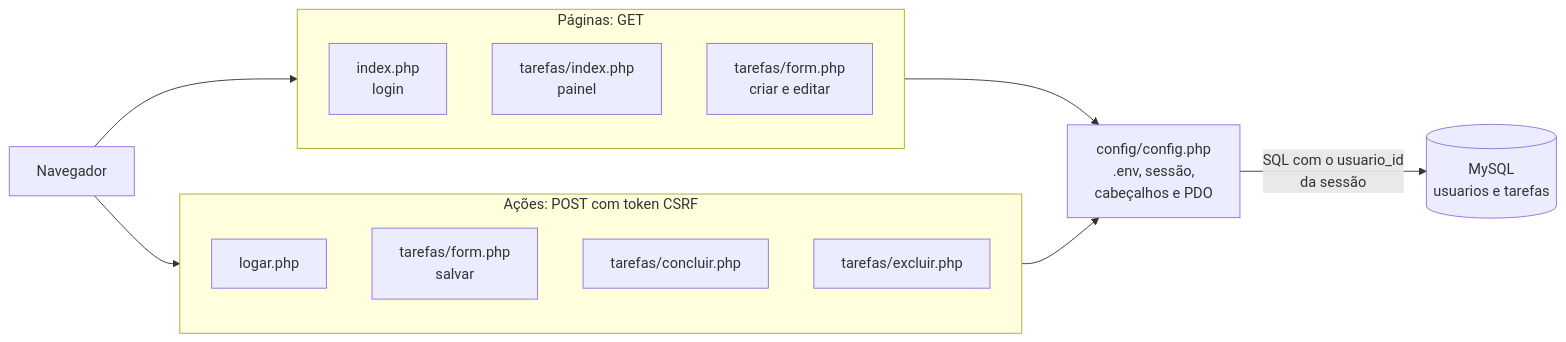
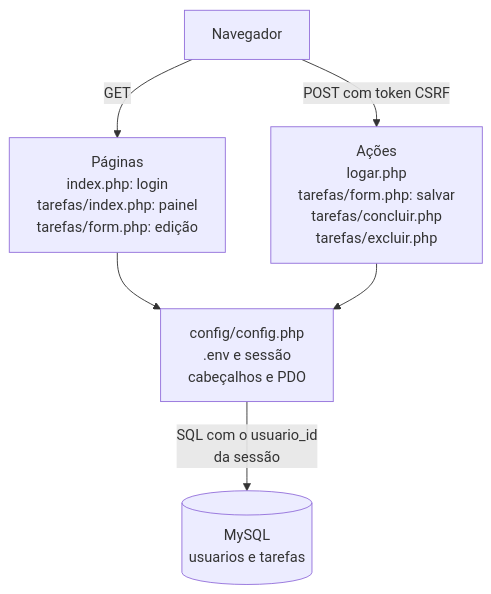
One commit to IsaacGomes260653/Sistema-de-Gerenciamento-de-Tarefas changed the diagram in README.md. Above: the diagram before and after it, drawn with Mermaid.

Commit message:
docs: diagrama de cima para baixo, mais estreito e legível no celular

````diff
--- a/README.md
+++ b/README.md
@@ -105,22 +105,8 @@
 ```mermaid
-flowchart LR
-    N["Navegador"]
-    subgraph paginas["Páginas: GET"]
-        direction TB
-        L["index.php<br/>login"]
-        P["tarefas/index.php<br/>painel"]
-        F["tarefas/form.php<br/>criar e editar"]
-    end
-    subgraph acoes["Ações: POST com token CSRF"]
-        direction TB
-        LG["logar.php"]
-        S["tarefas/form.php<br/>salvar"]
-        C["tarefas/concluir.php"]
-        X["tarefas/excluir.php"]
-    end
-    N --> paginas
-    N --> acoes
-    paginas --> B["config/config.php<br/>.env, sessão,<br/>cabeçalhos e PDO"]
-    acoes --> B
+flowchart TB
+    N["Navegador"] -->|"GET"| P["Páginas<br/>index.php: login<br/>tarefas/index.php: painel<br/>tarefas/form.php: edição"]
+    N -->|"POST com token CSRF"| A["Ações<br/>logar.php<br/>tarefas/form.php: salvar<br/>tarefas/concluir.php<br/>tarefas/excluir.php"]
+    P --> B["config/config.php<br/>.env e sessão<br/>cabeçalhos e PDO"]
+    A --> B
     B -->|"SQL com o usuario_id<br/>da sessão"| D[("MySQL<br/>usuarios e tarefas")]
 ```
````
